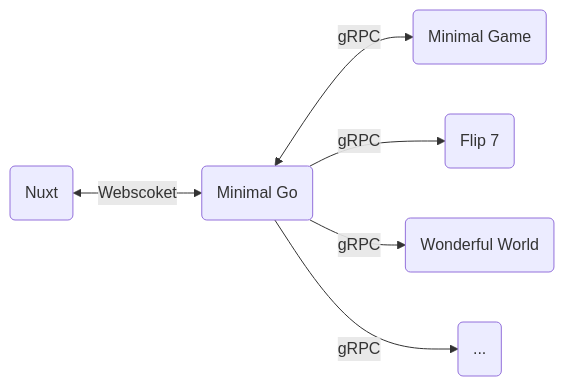
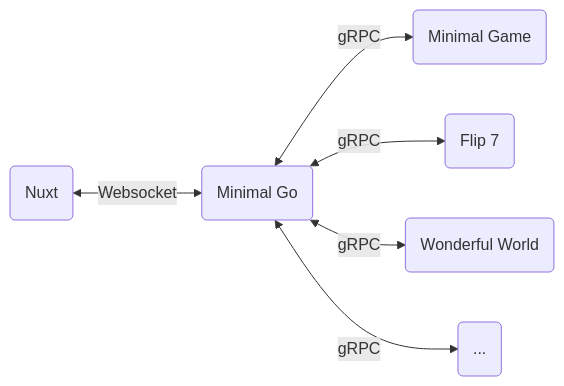
The first of 2 diagrams in services/minimalgame/README.md (Zadigo/myboardgames), drawn with Mermaid before and after one commit. The commit also changed other lines of this file and 11 other files, not shown here.

Commit message:
Refactor architecture and redisDb

````diff
--- a/services/minimalgame/README.md
+++ b/services/minimalgame/README.md
@@ -9,9 +9,9 @@
 ```mermaid
 flowchart LR
 
-N(Nuxt) <--> |Webscoket|M(Minimal Go)
+N(Nuxt) <--> |Websocket|M(Minimal Go)
 M <--> |gRPC|S(Minimal Game)
-M --> |gRPC|F(Flip 7)
-M --> |gRPC|W(Wonderful World)
-M --> |gRPC|O(...)
+M <--> |gRPC|F(Flip 7)
+M <--> |gRPC|W(Wonderful World)
+M <--> |gRPC|O(...)
 ```
````
